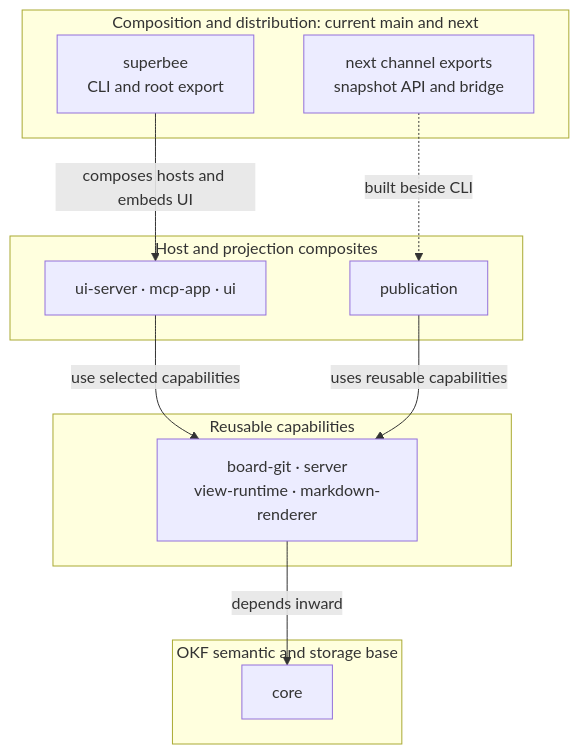
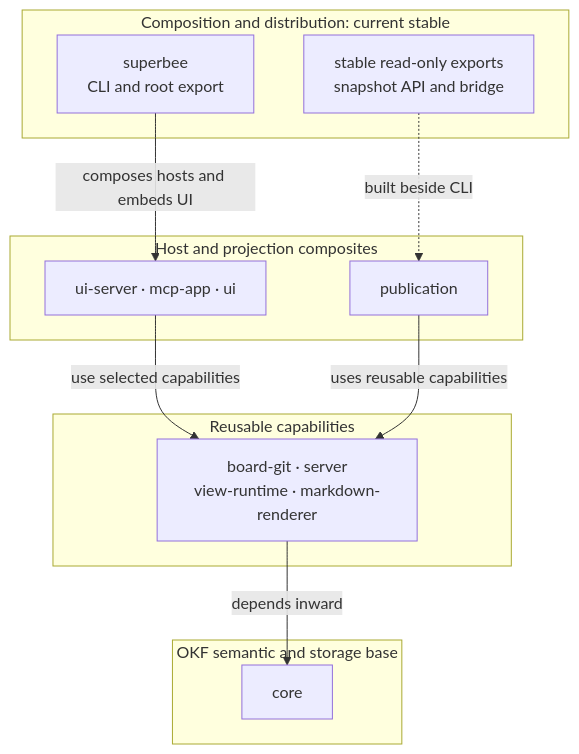
One commit to Holaxis-ai/superbee-docs changed the diagram in diagrams/sources/architecture-at-a-glance.mmd. Above: the diagram before and after it, drawn with Mermaid. The commit also changed 56 other files, not shown here.

```diff
--- a/diagrams/sources/architecture-at-a-glance.mmd
+++ b/diagrams/sources/architecture-at-a-glance.mmd
@@ -1,33 +1,33 @@
 flowchart TB
   accTitle: Superbee architecture at a glance
   accDescr {
     The installed superbee package composes private host and projection packages plus reusable
     capabilities. Those packages depend inward on core, which owns bundle semantics and storage
-    contracts. On the current main and next release line, publication modules and built UI assets
-    are shipped beside the CLI without making private workspaces separate user installs.
+    contracts. The current stable package ships publication modules and built UI assets beside the
+    CLI without making private workspaces separate user installs.
   }
 
-  subgraph distribution["Composition and distribution: current main and next"]
+  subgraph distribution["Composition and distribution: current stable"]
     cli["superbee<br/>CLI and root export"]
-    publicModules["next channel exports<br/>snapshot API and bridge"]
+    publicModules["stable read-only exports<br/>snapshot API and bridge"]
   end
 
   subgraph hosts["Host and projection composites"]
     hostAdapters["ui-server · mcp-app · ui"]
     publication["publication"]
   end
 
   subgraph capabilities["Reusable capabilities"]
     reusable["board-git · server<br/>view-runtime · markdown-renderer"]
   end
 
   subgraph semantics["OKF semantic and storage base"]
     core["core"]
   end
 
   cli -->|"composes hosts and embeds UI"| hostAdapters
   publicModules -. "built beside CLI" .-> publication
 
   hostAdapters -->|"use selected capabilities"| reusable
   publication -->|"uses reusable capabilities"| reusable
   reusable -->|"depends inward"| core
```
